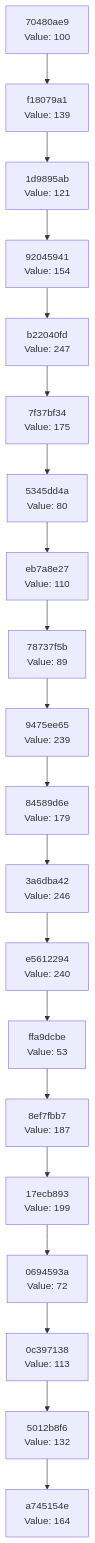
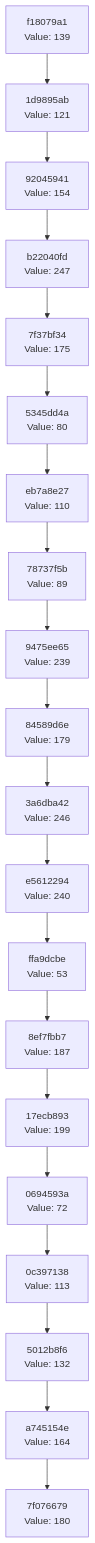
Before and after one commit to Abhisheksinha1506/hash-chain-evolver: the diagram in docs/CHAIN_VISUALIZATION.md, drawn with Mermaid. The commit also changed 3 other files, not shown here.

````diff
--- a/docs/CHAIN_VISUALIZATION.md
+++ b/docs/CHAIN_VISUALIZATION.md
@@ -3,42 +3,42 @@
 ```mermaid
 graph TD
-    C0["a745154e<br/>Value: 164"]
-    C1["5012b8f6<br/>Value: 132"]
+    C0["7f076679<br/>Value: 180"]
+    C1["a745154e<br/>Value: 164"]
     C1 --> C0
-    C2["0c397138<br/>Value: 113"]
+    C2["5012b8f6<br/>Value: 132"]
     C2 --> C1
-    C3["0694593a<br/>Value: 72"]
+    C3["0c397138<br/>Value: 113"]
     C3 --> C2
-    C4["17ecb893<br/>Value: 199"]
+    C4["0694593a<br/>Value: 72"]
     C4 --> C3
-    C5["8ef7fbb7<br/>Value: 187"]
+    C5["17ecb893<br/>Value: 199"]
     C5 --> C4
-    C6["ffa9dcbe<br/>Value: 53"]
+    C6["8ef7fbb7<br/>Value: 187"]
     C6 --> C5
-    C7["e5612294<br/>Value: 240"]
+    C7["ffa9dcbe<br/>Value: 53"]
     C7 --> C6
-    C8["3a6dba42<br/>Value: 246"]
+    C8["e5612294<br/>Value: 240"]
     C8 --> C7
-    C9["84589d6e<br/>Value: 179"]
+    C9["3a6dba42<br/>Value: 246"]
     C9 --> C8
-    C10["9475ee65<br/>Value: 239"]
+    C10["84589d6e<br/>Value: 179"]
     C10 --> C9
-    C11["78737f5b<br/>Value: 89"]
+    C11["9475ee65<br/>Value: 239"]
     C11 --> C10
-    C12["eb7a8e27<br/>Value: 110"]
+    C12["78737f5b<br/>Value: 89"]
     C12 --> C11
-    C13["5345dd4a<br/>Value: 80"]
+    C13["eb7a8e27<br/>Value: 110"]
     C13 --> C12
-    C14["7f37bf34<br/>Value: 175"]
+    C14["5345dd4a<br/>Value: 80"]
     C14 --> C13
-    C15["b22040fd<br/>Value: 247"]
+    C15["7f37bf34<br/>Value: 175"]
     C15 --> C14
-    C16["92045941<br/>Value: 154"]
+    C16["b22040fd<br/>Value: 247"]
     C16 --> C15
-    C17["1d9895ab<br/>Value: 121"]
+    C17["92045941<br/>Value: 154"]
     C17 --> C16
-    C18["f18079a1<br/>Value: 139"]
+    C18["1d9895ab<br/>Value: 121"]
     C18 --> C17
-    C19["70480ae9<br/>Value: 100"]
+    C19["f18079a1<br/>Value: 139"]
     C19 --> C18
 ```
````
